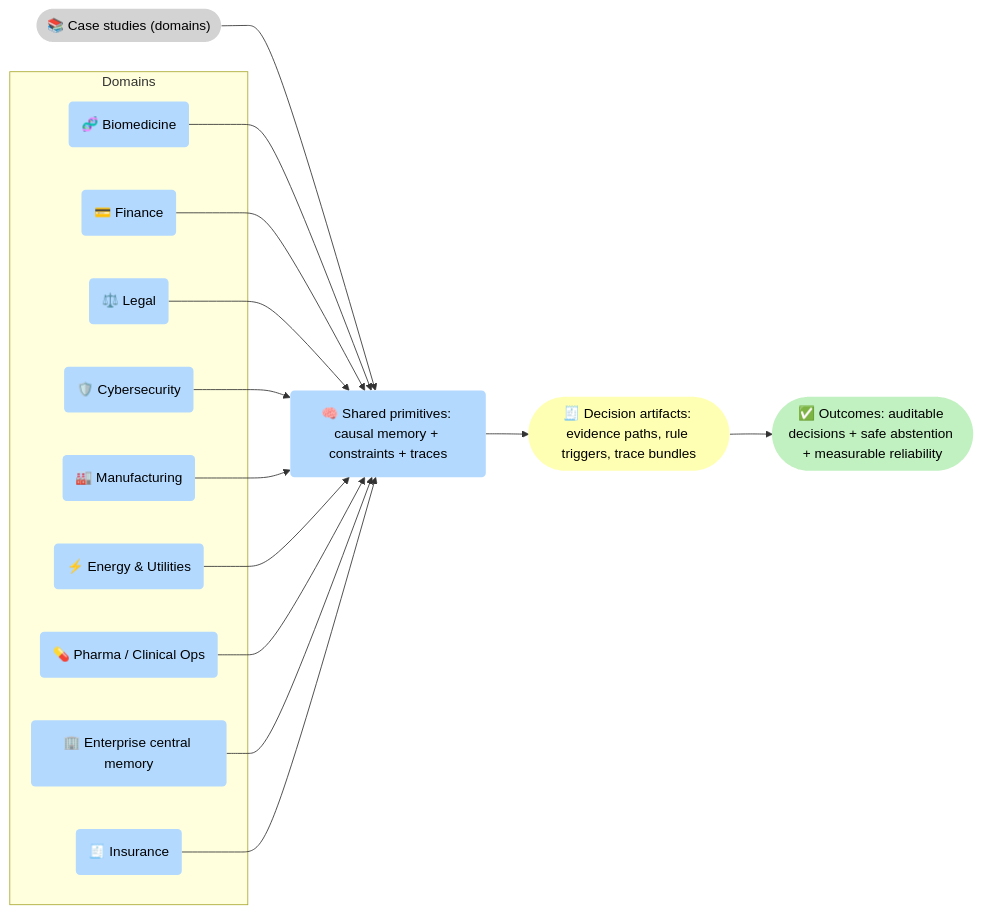
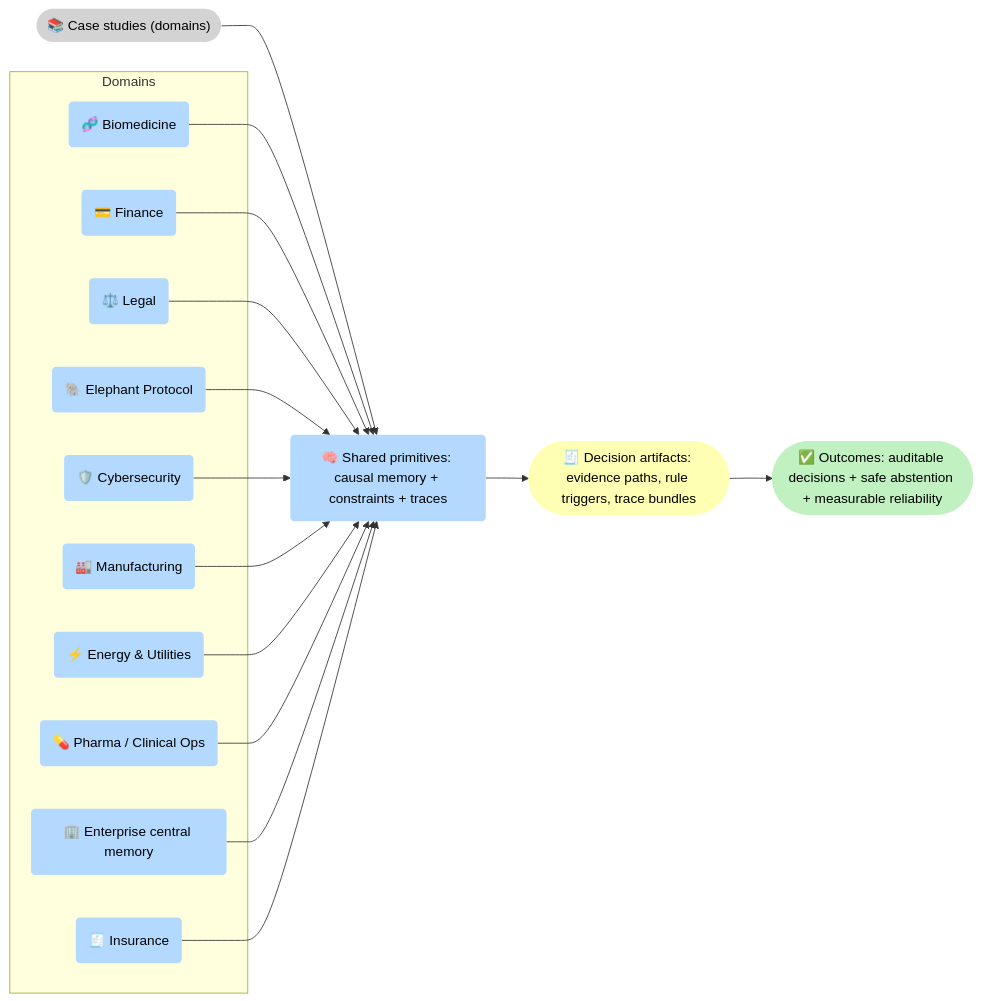
Before and after one commit to 5Reasons/5reasons.github.io: the diagram in docs/case-studies/index.md, drawn with Mermaid. The commit also changed other lines of this file and 4 other files, not shown here.

Commit message:
Enhance Mermaid integration for MkDocs Material and update Elephant Protocol references

````diff
--- a/docs/case-studies/index.md
+++ b/docs/case-studies/index.md
@@ -44,50 +44,53 @@
 ```mermaid
 flowchart LR
 %% Styles (brModel Standard)
 classDef i fill:#D3D3D3,stroke-width:0px,color:#000;
 classDef p fill:#B3D9FF,stroke-width:0px,color:#000;
 classDef r fill:#FFFFB3,stroke-width:0px,color:#000;
 classDef o fill:#C1F0C1,stroke-width:0px,color:#000;
 classDef s fill:#FFB3B3,stroke-width:0px,color:#000;
 
 I_Cases(["📚 Case studies (domains)"]):::i
 P_Primitives("🧠 Shared primitives: causal memory + constraints + traces"):::p
 R_Artifacts(["🧾 Decision artifacts: evidence paths, rule triggers, trace bundles"]):::r
 O_Out(["✅ Outcomes: auditable decisions + safe abstention + measurable reliability"]):::o
 
 I_Cases --> P_Primitives --> R_Artifacts --> O_Out
 
 subgraph D["Domains"]
 	D1("🧬 Biomedicine"):::p
 	D2("💳 Finance"):::p
 	D3("⚖️ Legal"):::p
+	D10("🐘 Elephant Protocol"):::p
 	D4("🛡️ Cybersecurity"):::p
 	D5("🏭 Manufacturing"):::p
 	D6("⚡ Energy & Utilities"):::p
 	D7("💊 Pharma / Clinical Ops"):::p
 	D8("🏢 Enterprise central memory"):::p
 	D9("🧾 Insurance"):::p
 end
 
 D1 --> P_Primitives
 D2 --> P_Primitives
 D3 --> P_Primitives
+D10 --> P_Primitives
 D4 --> P_Primitives
 D5 --> P_Primitives
 D6 --> P_Primitives
 D7 --> P_Primitives
 D8 --> P_Primitives
 D9 --> P_Primitives
 
 %% Clickable nodes
 click D1 "/case-studies/biomedicine/" "Biomedicine"
 click D2 "/case-studies/finance/" "Finance"
 click D3 "/case-studies/legal/" "Legal"
+click D10 "/case-studies/elephant-protocol/" "The Elephant Protocol"
 click D4 "/case-studies/cybersecurity/" "Cybersecurity"
 click D5 "/case-studies/manufacturing/" "Manufacturing"
 click D6 "/case-studies/energy-utilities/" "Energy & Utilities"
 click D7 "/case-studies/pharma-clinical-ops/" "Pharma / Clinical Ops"
 click D8 "/case-studies/enterprise-central-memory/" "Enterprise central memory"
 click D9 "/case-studies/insurance/" "Insurance"
 click P_Primitives "/methodology/" "Methodology"
 ```
````
